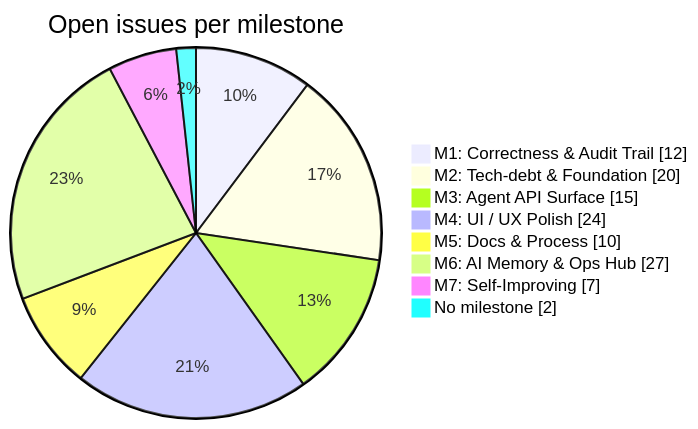
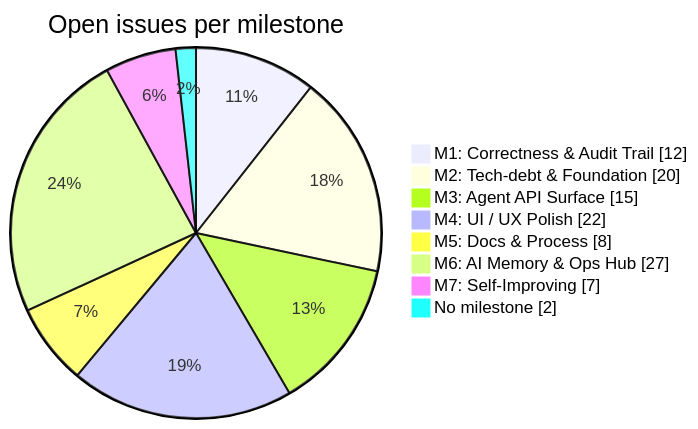
Before and after one commit to joelfuller2016/KanbanFlow-v2: the diagram in docs/BACKLOG.md, drawn with Mermaid. The commit also changed other lines of this file, not shown here.

````diff
--- a/docs/BACKLOG.md
+++ b/docs/BACKLOG.md
@@ -44,12 +44,12 @@
 ```mermaid
 pie showData
     title Open issues per milestone
     "M1: Correctness & Audit Trail" : 12
     "M2: Tech-debt & Foundation" : 20
     "M3: Agent API Surface" : 15
-    "M4: UI / UX Polish" : 24
-    "M5: Docs & Process" : 10
+    "M4: UI / UX Polish" : 22
+    "M5: Docs & Process" : 8
     "M6: AI Memory & Ops Hub" : 27
     "M7: Self-Improving" : 7
     "No milestone" : 2
 ```
````
